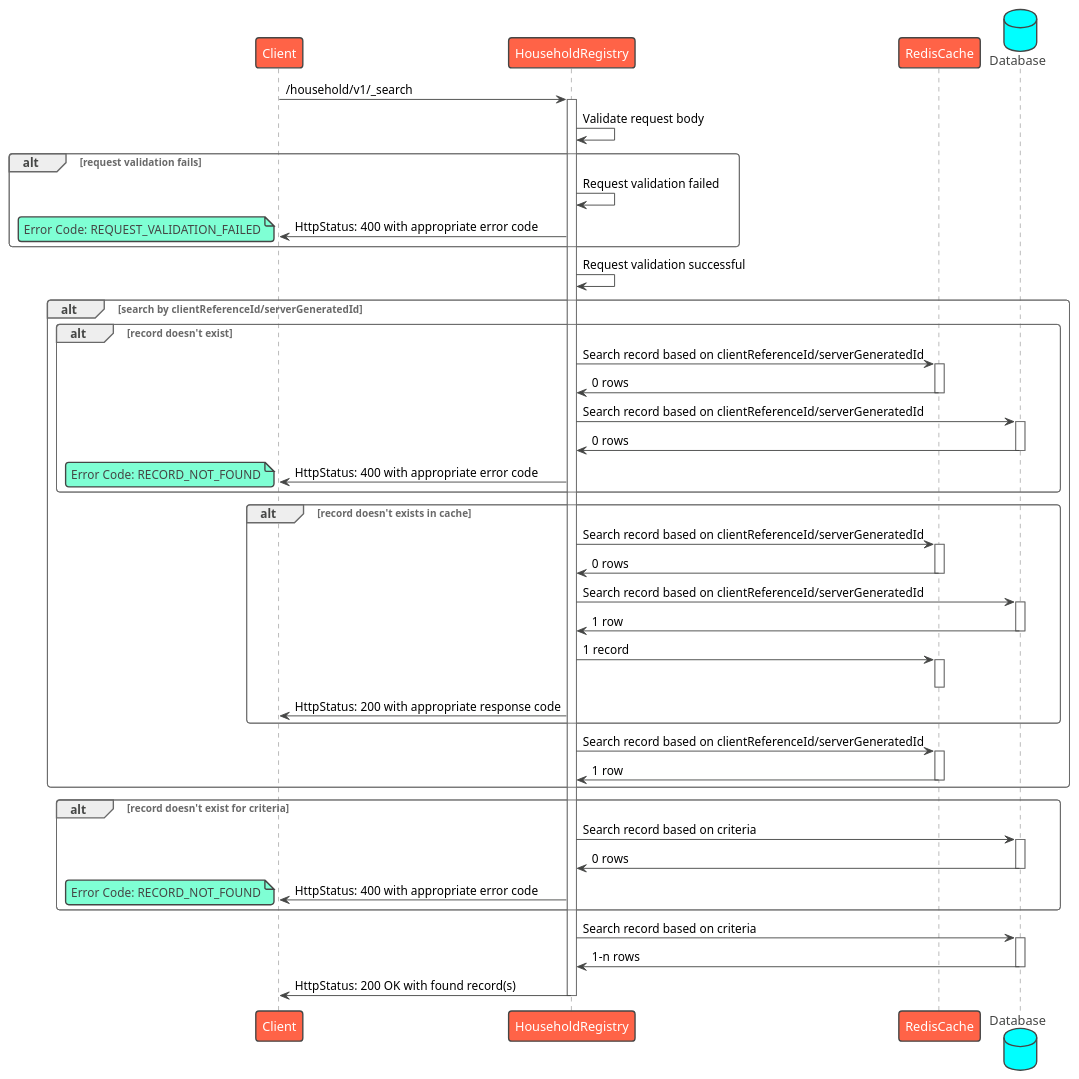
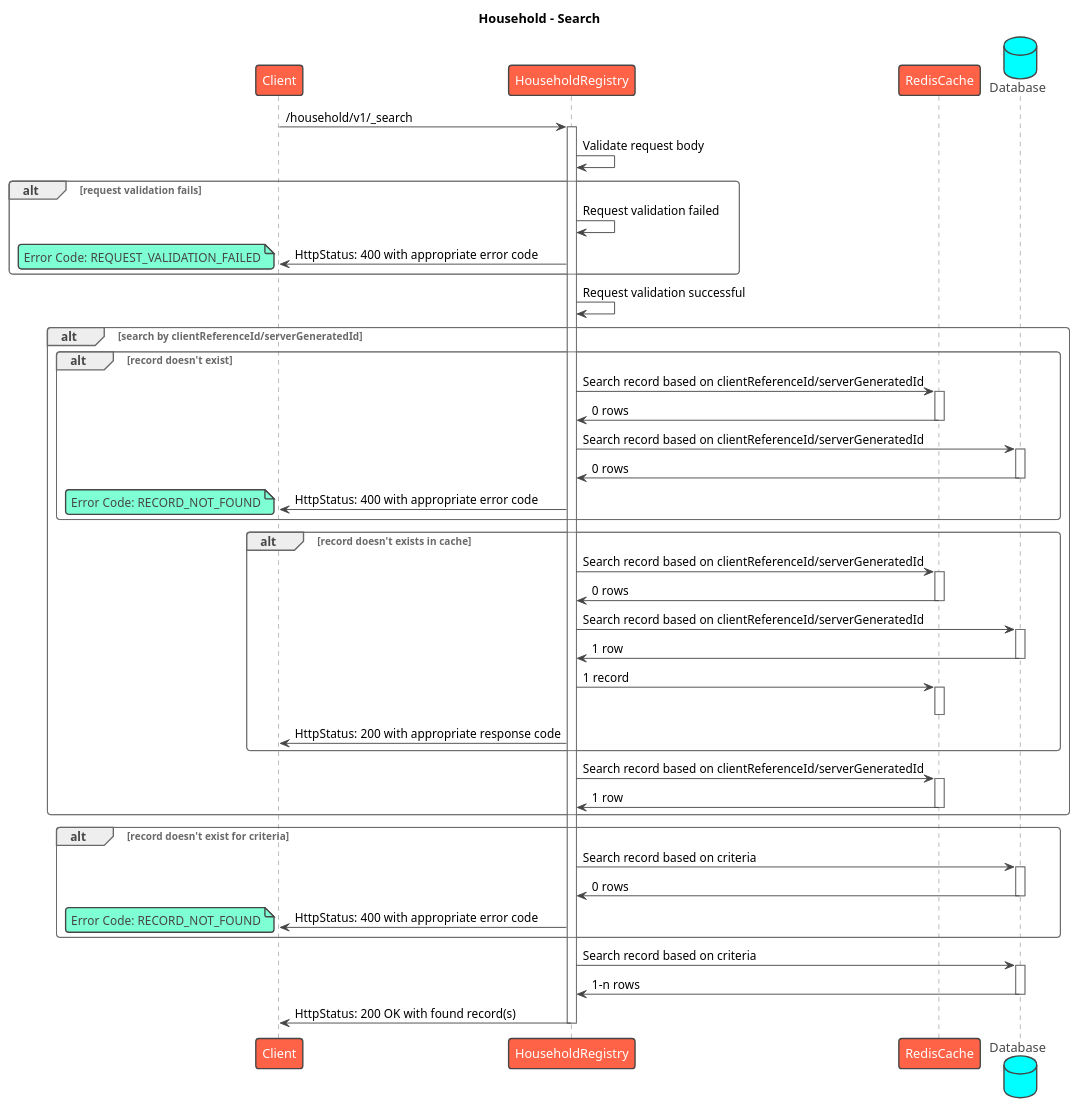
Before and after one commit to egovernments/health-api-specs: the diagram in contracts/registries/household/sequence/search.puml, drawn with PlantUML. The commit also changed 7 other files, not shown here.

Commit message:
Add titles to sequence diagrams

```diff
--- a/contracts/registries/household/sequence/search.puml
+++ b/contracts/registries/household/sequence/search.puml
@@ -1,68 +1,69 @@
-@startuml household Registry - Search
+@startuml
+title Household - Search
 !theme vibrant
 participant Client as c
 participant HouseholdRegistry as s
 participant RedisCache as rc
 database Database as db
 c -> s : /household/v1/_search
 activate s
 s -> s: Validate request body
 alt request validation fails
     s -> s: Request validation failed
     s -> c: HttpStatus: 400 with appropriate error code
     note left
       Error Code: REQUEST_VALIDATION_FAILED
     end note
 end
 s -> s: Request validation successful
 alt search by clientReferenceId/serverGeneratedId
     alt record doesn't exist
         s -> rc: Search record based on clientReferenceId/serverGeneratedId
         activate rc
         rc -> s: 0 rows
         deactivate rc
         s -> db: Search record based on clientReferenceId/serverGeneratedId
         activate db
         db -> s: 0 rows
         deactivate db
         s -> c: HttpStatus: 400 with appropriate error code
         note left
           Error Code: RECORD_NOT_FOUND
         end note
     end
     alt record doesn't exists in cache
         s -> rc: Search record based on clientReferenceId/serverGeneratedId
         activate rc
         rc -> s: 0 rows
         deactivate rc
         s -> db: Search record based on clientReferenceId/serverGeneratedId
         activate db
         db -> s: 1 row
         deactivate db
         s -> rc: 1 record
         activate rc
         deactivate rc
         s -> c: HttpStatus: 200 with appropriate response code
     end
 s -> rc: Search record based on clientReferenceId/serverGeneratedId
 activate rc
 rc -> s: 1 row
 deactivate rc
 end
 alt record doesn't exist for criteria
     s -> db: Search record based on criteria
     activate db
     db -> s: 0 rows
     deactivate db
     s -> c: HttpStatus: 400 with appropriate error code
     note left
       Error Code: RECORD_NOT_FOUND
     end note
 end
 s -> db: Search record based on criteria
 activate db
 db -> s: 1-n rows
 deactivate db
 s -> c: HttpStatus: 200 OK with found record(s)
 deactivate s
 @enduml
```
